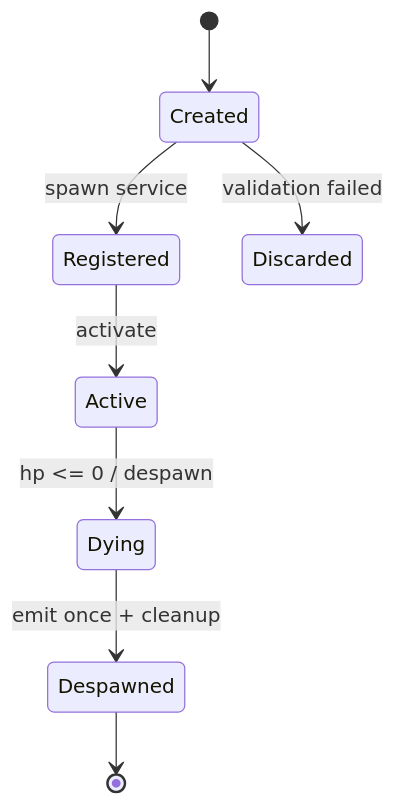
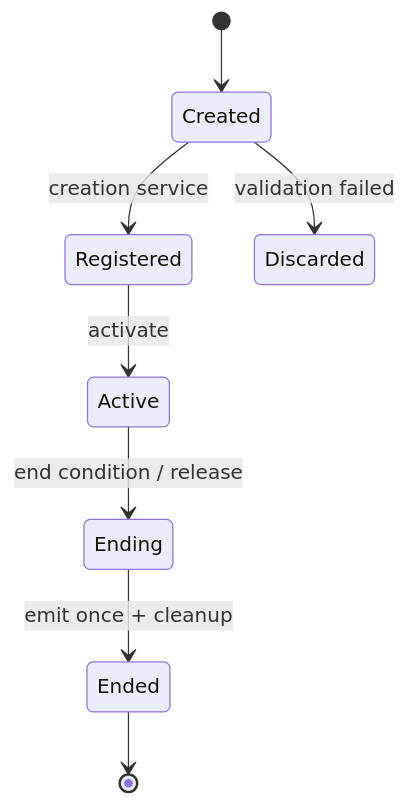
Before and after one commit to wenxpro/skills: the first of 2 diagrams in design-stage/references/diagram-playbook.md, drawn with Mermaid. The commit also changed other lines of this file and 10 other files, not shown here.

````diff
--- a/design-stage/references/diagram-playbook.md
+++ b/design-stage/references/diagram-playbook.md
@@ -115,10 +115,10 @@
 ```mermaid
 stateDiagram-v2
     [*] --> Created
-    Created --> Registered: spawn service
+    Created --> Registered: creation service
     Created --> Discarded: validation failed
     Registered --> Active: activate
-    Active --> Dying: hp <= 0 / despawn
-    Dying --> Despawned: emit once + cleanup
-    Despawned --> [*]
+    Active --> Ending: end condition / release
+    Ending --> Ended: emit once + cleanup
+    Ended --> [*]
 ```
````
